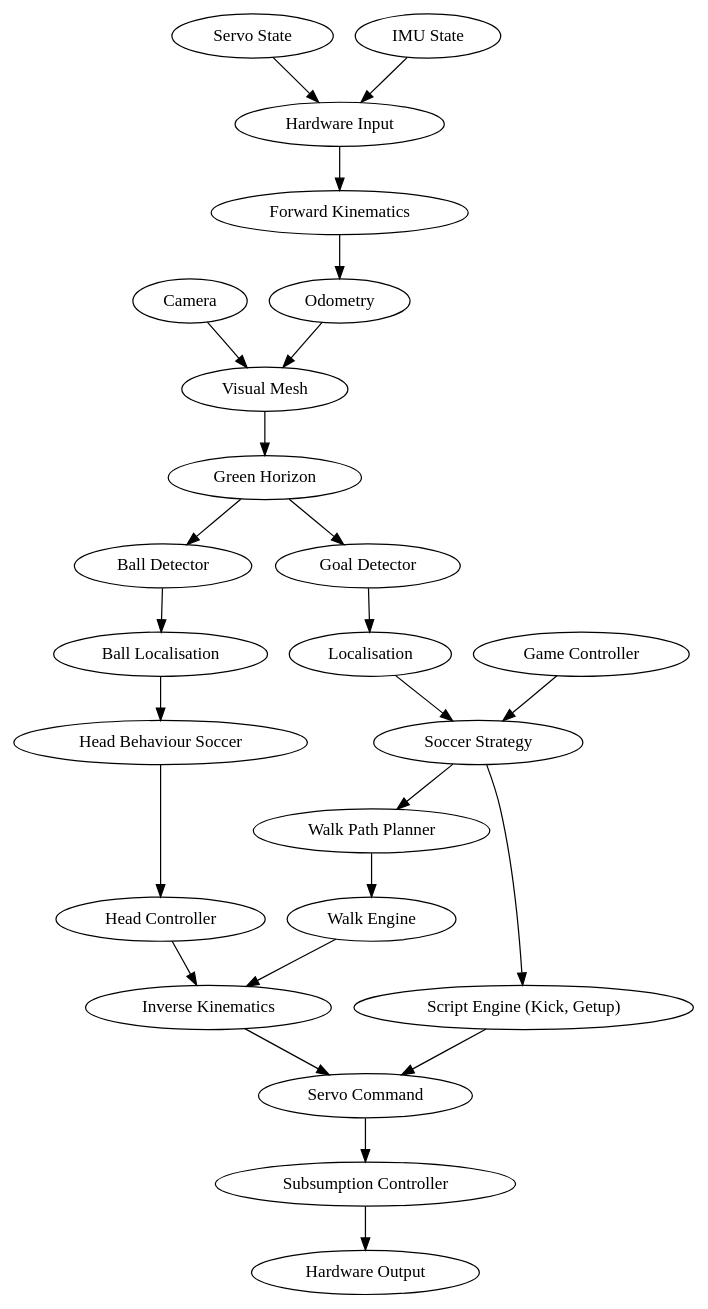
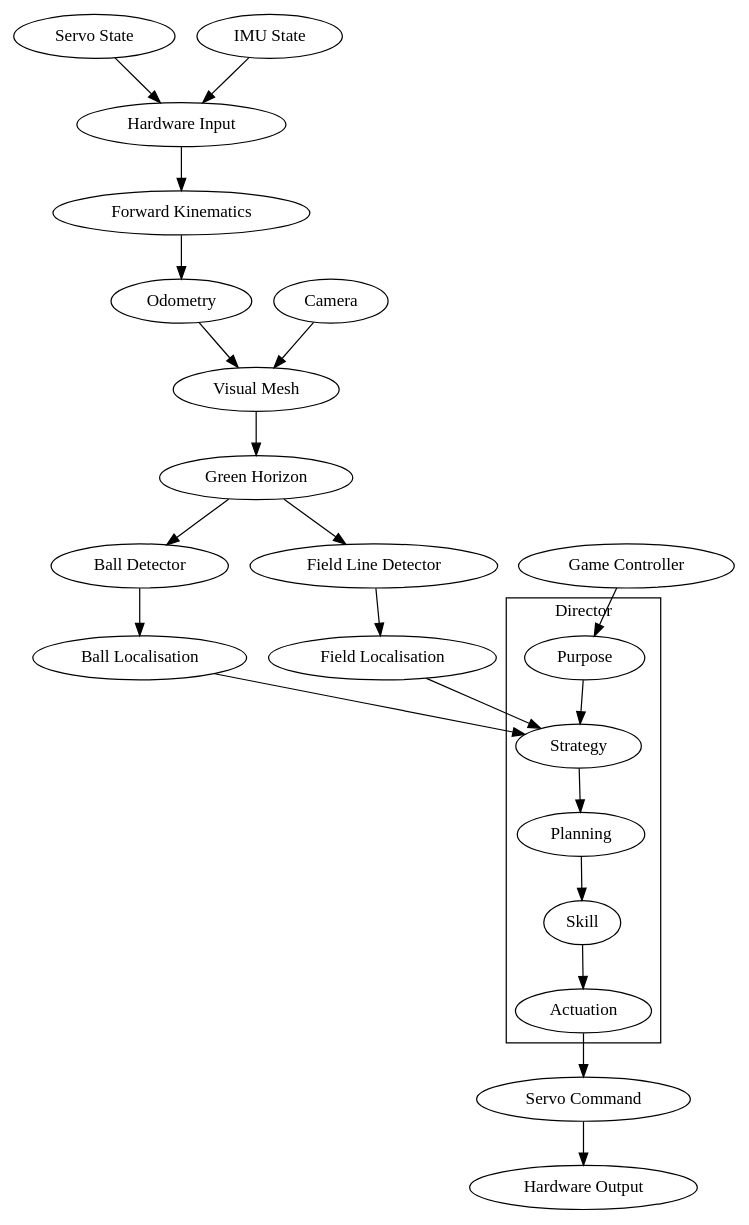
One commit to NUbots/NUbook changed the second of 3 diagrams in src/book/02-system/01-foundations/01-overview.mdx. Above: the diagram before and after it, drawn with Graphviz. The commit also changed other lines of this file, not shown here.

Commit message:
Update system diagram

````diff
--- a/src/book/02-system/01-foundations/01-overview.mdx
+++ b/src/book/02-system/01-foundations/01-overview.mdx
@@ -84,14 +84,19 @@
 ```dot
-# A graph of the system
+# The system diagram for the robocup role
 digraph {
-    "Camera" -> "Visual Mesh" -> "Green Horizon" -> {"Ball Detector", "Goal Detector"}
-    {"Servo State", "IMU State"} -> "Hardware Input" -> "Forward Kinematics" -> "Odometry" -> "Visual Mesh"
-    "Goal Detector" -> "Localisation" -> "Soccer Strategy"
-    "Soccer Strategy" -> "Walk Path Planner" -> "Walk Engine" -> "Inverse Kinematics"
-    "Soccer Strategy" -> "Script Engine (Kick, Getup)" -> "Servo Command"
-    "Ball Detector" -> "Ball Localisation"
-    "Game Controller" -> "Soccer Strategy"
-    "Ball Localisation" -> "Head Behaviour Soccer" -> "Head Controller" -> "Inverse Kinematics" -> "Servo Command"
-    "Servo Command" -> "Subsumption Controller" -> "Hardware Output"
+
+  {"Servo State", "IMU State"} -> "Hardware Input" -> "Forward Kinematics" -> "Odometry" -> "Visual Mesh"
+  "Camera" -> "Visual Mesh" -> "Green Horizon" -> {"Ball Detector", "Field Line Detector"}
+  "Field Line Detector" -> "Field Localisation" -> "Strategy"
+  "Ball Detector" -> "Ball Localisation" -> "Strategy"
+  "Game Controller" -> "Purpose"
+
+  subgraph cluster_director {
+    label="Director"
+    "Purpose" -> "Strategy" -> "Planning" -> "Skill" -> "Actuation"
+  }
+
+  "Actuation" -> "Servo Command" -> "Hardware Output"
+
 }
 ```
````
